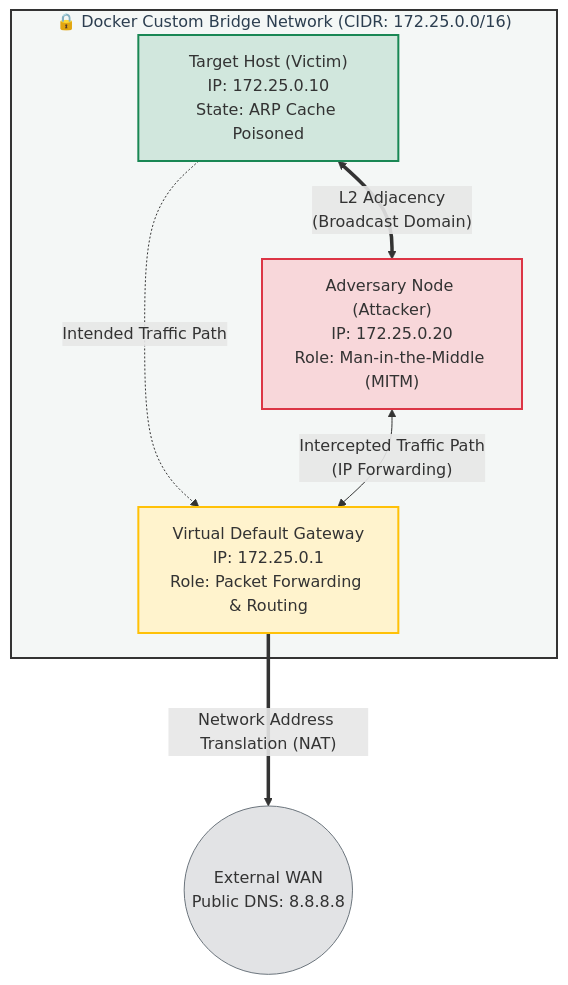
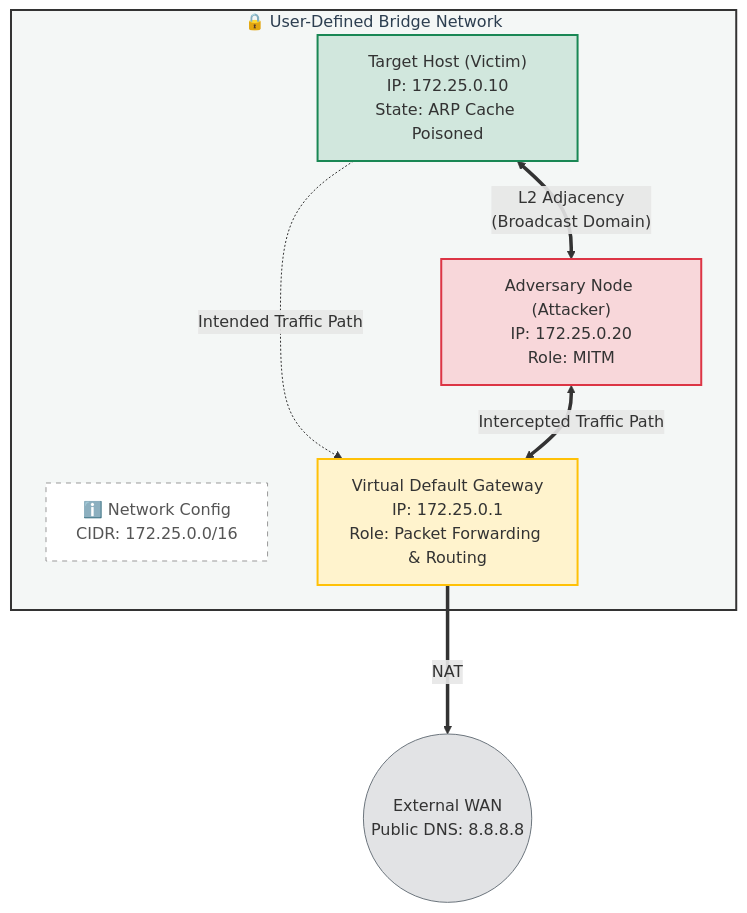
One commit to alex8399/comp_security_project changed the diagram in README.md. Above: the diagram before and after it, drawn with Mermaid.

Commit message:
diagram fixed

````diff
--- a/README.md
+++ b/README.md
@@ -190,32 +190,33 @@
 ```mermaid
 graph TD
-    %% Node Definitions: External Wide Area Network
+    %% Node Definitions
     Internet((External WAN<br>Public DNS: 8.8.8.8))
 
     %% Subgraph: Docker Internal Bridge Network
-    subgraph LocalNet ["🔒 Docker Custom Bridge Network (CIDR: 172.25.0.0/16)"]
-        %% Style for the Subnet
+    subgraph LocalNet ["🔒 User-Defined Bridge Network"]
         style LocalNet fill:#f4f7f6,stroke:#333,stroke-width:2px,color:#2c3e50
+        
+        %% 네트워크 정보 노드 
+        NetInfo["ℹ️ Network Config<br>CIDR: 172.25.0.0/16"]
+        style NetInfo fill:#fff,stroke-dasharray: 5 5,stroke:#999,color:#555
 
-        %% Nodes: Network Entities
+        %% Nodes
         Gateway["Virtual Default Gateway<br>IP: 172.25.0.1<br>Role: Packet Forwarding & Routing"]
         Victim["Target Host (Victim)<br>IP: 172.25.0.10<br>State: ARP Cache Poisoned"]
-        Attacker["Adversary Node (Attacker)<br>IP: 172.25.0.20<br>Role: Man-in-the-Middle (MITM)"]
+        Attacker["Adversary Node (Attacker)<br>IP: 172.25.0.20<br>Role: MITM"]
 
-        %% Edge Connections (Links) WITH QUOTES ADDED
+        %% Connections
         Victim <==>|"L2 Adjacency<br>(Broadcast Domain)"| Attacker
-        
-        %% Traffic Flows WITH QUOTES ADDED
         Victim -.->|"Intended Traffic Path"| Gateway
-        Attacker <-->|"Intercepted Traffic Path<br>(IP Forwarding)"| Gateway
+        Attacker <==>|"Intercepted Traffic Path"| Gateway
     end
 
-    %% Edge Connection: Gateway to Internet
-    Gateway ===>|"Network Address Translation (NAT)"| Internet
+    %% Edge Connection
+    Gateway ===>|"NAT"| Internet
 
     %% Styling
     style Gateway fill:#fff3cd,stroke:#ffc107,stroke-width:2px,color:#333
     style Victim fill:#d1e7dd,stroke:#198754,stroke-width:2px,color:#333
     style Attacker fill:#f8d7da,stroke:#dc3545,stroke-width:2px,color:#333
     style Internet fill:#e2e3e5,stroke:#6c757d,color:#333
 ```
````
